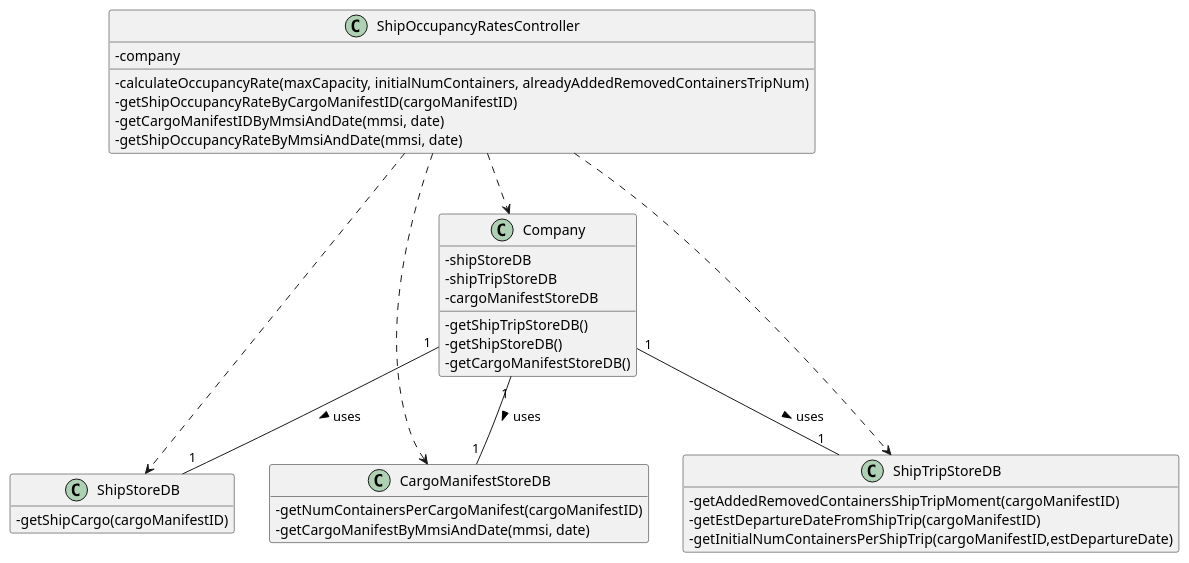
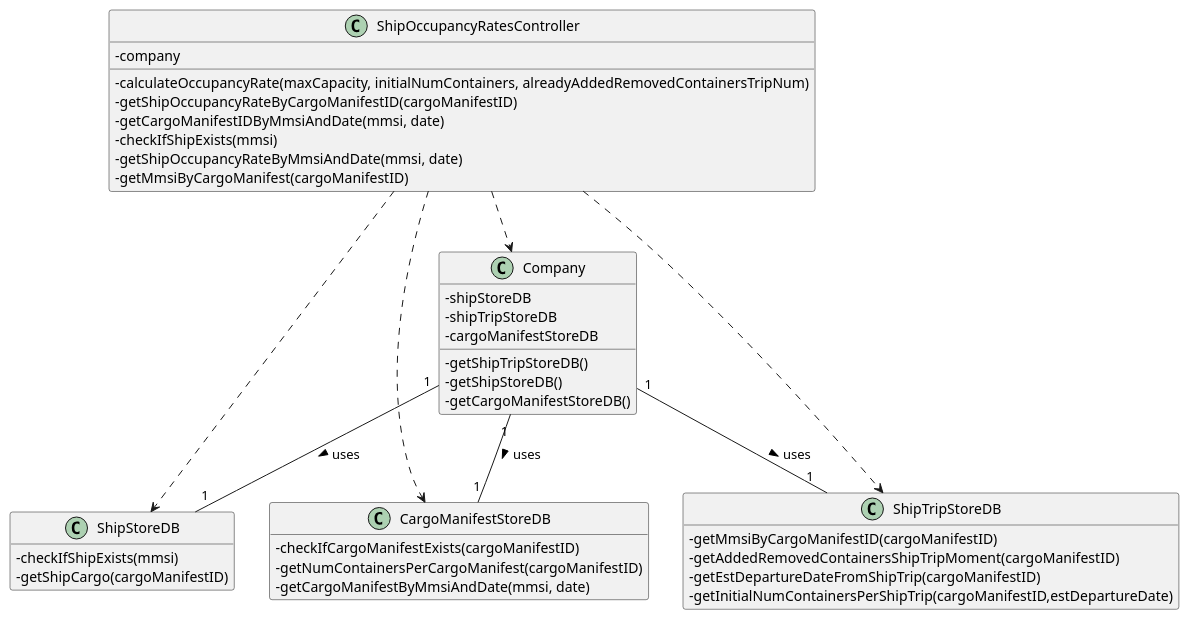
One commit to ana-albergaria/LAPR3-ISEP changed the diagram in docs/US209/US_209_CD.puml. Above: the diagram before and after it, drawn with PlantUML. The commit also changed 5 other files, not shown here.

```diff
--- a/docs/US209/US_209_CD.puml
+++ b/docs/US209/US_209_CD.puml
@@ -1,48 +1,53 @@
 @startuml
 
 hide empty methods
 hide empty attributes
 'left to right direction
 skinparam classAttributeIconSize 0
 
 class ShipOccupancyRatesController{
 - company
 - calculateOccupancyRate(maxCapacity, initialNumContainers, alreadyAddedRemovedContainersTripNum)
 - getShipOccupancyRateByCargoManifestID(cargoManifestID)
 - getCargoManifestIDByMmsiAndDate(mmsi, date)
+- checkIfShipExists(mmsi)
 - getShipOccupancyRateByMmsiAndDate(mmsi, date)
+- getMmsiByCargoManifest(cargoManifestID)
 }
 
 class ShipStoreDB{
+- checkIfShipExists(mmsi)
 - getShipCargo(cargoManifestID)
 }
 
 class ShipTripStoreDB{
+- getMmsiByCargoManifestID(cargoManifestID)
 - getAddedRemovedContainersShipTripMoment(cargoManifestID)
 - getEstDepartureDateFromShipTrip(cargoManifestID)
 - getInitialNumContainersPerShipTrip(cargoManifestID,estDepartureDate)
 }
 
 class CargoManifestStoreDB{
+- checkIfCargoManifestExists(cargoManifestID)
 - getNumContainersPerCargoManifest(cargoManifestID)
 - getCargoManifestByMmsiAndDate(mmsi, date)
 }
 
 class Company{
 - shipStoreDB
 - shipTripStoreDB
 - cargoManifestStoreDB
 - getShipTripStoreDB()
 - getShipStoreDB()
 - getCargoManifestStoreDB()
 }
 
 ShipOccupancyRatesController ..> Company
 ShipOccupancyRatesController ..> ShipStoreDB
 ShipOccupancyRatesController ..> ShipTripStoreDB
 ShipOccupancyRatesController ..> CargoManifestStoreDB
 Company "1" -- "1" ShipStoreDB : uses >
 Company "1" -- "1" ShipTripStoreDB : uses >
 Company "1" -- "1" CargoManifestStoreDB : uses >
 
 @enduml
```
